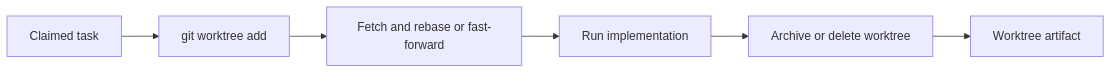
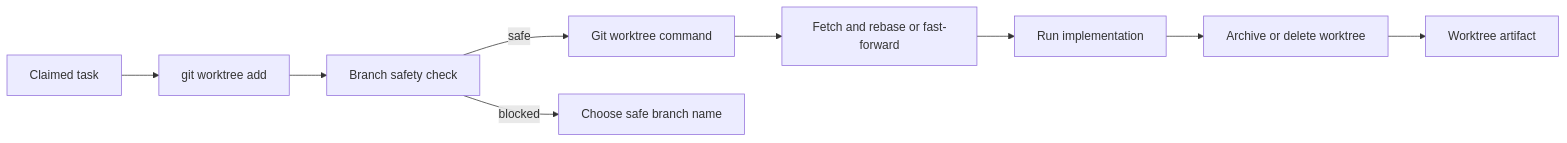
Before and after one commit to VannaDii/ironloom: the diagram in packages/worktrees/README.md, drawn with Mermaid. The commit also changed other lines of this file and 11 other files, not shown here.

Commit message:
feat: add worktree branch safety checks

````diff
--- a/packages/worktrees/README.md
+++ b/packages/worktrees/README.md
@@ -14,8 +15,11 @@
 ```mermaid
 flowchart LR
   Task[Claimed task] --> Allocate[git worktree add]
-  Allocate --> Sync[Fetch and rebase or fast-forward]
+  Allocate --> Safety[Branch safety check]
+  Safety -->|safe| Git[Git worktree command]
+  Safety -->|blocked| Operator[Choose safe branch name]
+  Git --> Sync[Fetch and rebase or fast-forward]
   Sync --> Implement[Run implementation]
   Implement --> Release[Archive or delete worktree]
   Release --> Audit[Worktree artifact]
 ```
````
